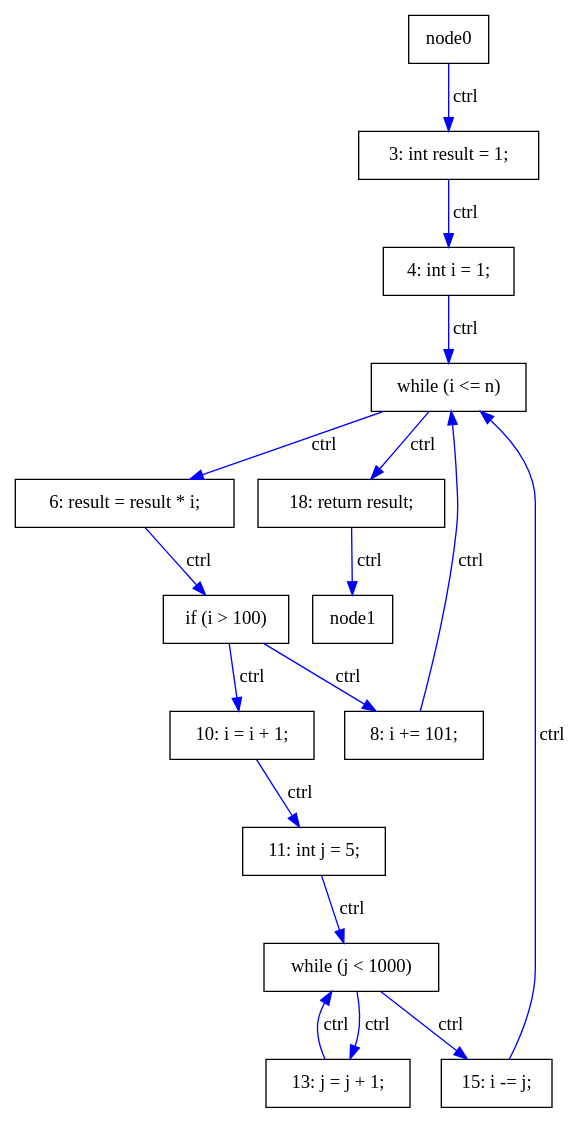
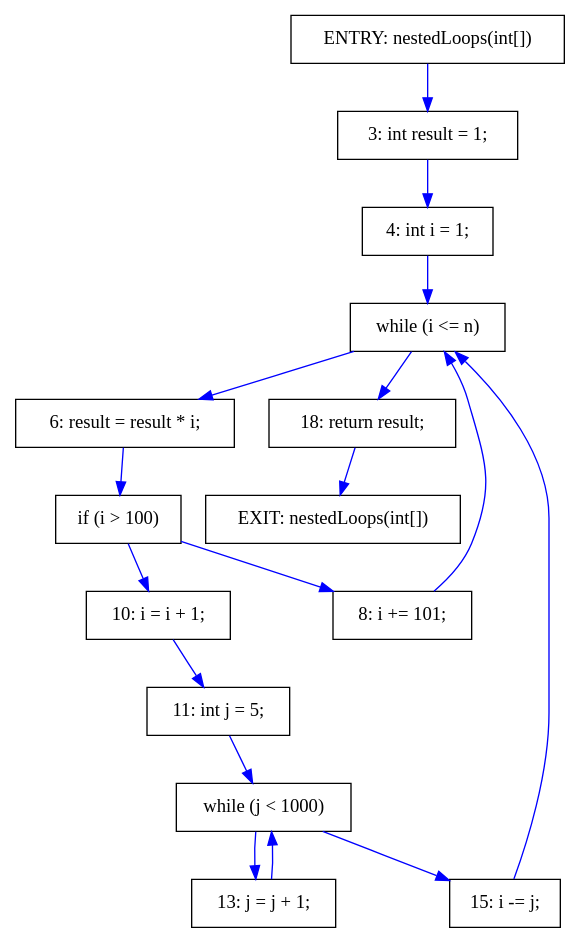
One commit to khaser/java-pdg changed the diagram in results/NestedLoops.dot. Above: the diagram before and after it, drawn with Graphviz. The commit also changed 21 other files, not shown here.

```diff
--- a/results/NestedLoops.dot
+++ b/results/NestedLoops.dot
@@ -1,34 +1,36 @@
 digraph PDG {
   rankdir=TB;
   node [shape=box];
 
+  node0 [label="ENTRY: nestedLoops(int[])"];
+  node1 [label="EXIT: nestedLoops(int[])"];
   node2 [label="3: int result = 1;"];
   node3 [label="4: int i = 1;"];
   node4 [label="while (i <= n)"];
   node5 [label="6: result = result * i;"];
   node6 [label="if (i > 100)"];
   node7 [label="8: i += 101;"];
   node8 [label="10: i = i + 1;"];
   node9 [label="11: int j = 5;"];
   node10 [label="while (j < 1000)"];
   node11 [label="13: j = j + 1;"];
   node12 [label="15: i -= j;"];
   node13 [label="18: return result;"];
 
-  node6 -> node7 [label="ctrl", color=blue];
-  node10 -> node11 [label="ctrl", color=blue];
-  node6 -> node8 [label="ctrl", color=blue];
-  node4 -> node5 [label="ctrl", color=blue];
-  node0 -> node2 [label="ctrl", color=blue];
-  node2 -> node3 [label="ctrl", color=blue];
-  node3 -> node4 [label="ctrl", color=blue];
-  node4 -> node13 [label="ctrl", color=blue];
-  node5 -> node6 [label="ctrl", color=blue];
-  node7 -> node4 [label="ctrl", color=blue];
-  node8 -> node9 [label="ctrl", color=blue];
-  node9 -> node10 [label="ctrl", color=blue];
-  node10 -> node12 [label="ctrl", color=blue];
-  node11 -> node10 [label="ctrl", color=blue];
-  node12 -> node4 [label="ctrl", color=blue];
-  node13 -> node1 [label="ctrl", color=blue];
+  node6 -> node7 [label="", color=blue];
+  node10 -> node11 [label="", color=blue];
+  node6 -> node8 [label="", color=blue];
+  node4 -> node5 [label="", color=blue];
+  node0 -> node2 [label="", color=blue];
+  node2 -> node3 [label="", color=blue];
+  node3 -> node4 [label="", color=blue];
+  node4 -> node13 [label="", color=blue];
+  node5 -> node6 [label="", color=blue];
+  node7 -> node4 [label="", color=blue];
+  node8 -> node9 [label="", color=blue];
+  node9 -> node10 [label="", color=blue];
+  node10 -> node12 [label="", color=blue];
+  node11 -> node10 [label="", color=blue];
+  node12 -> node4 [label="", color=blue];
+  node13 -> node1 [label="", color=blue];
 }
```
